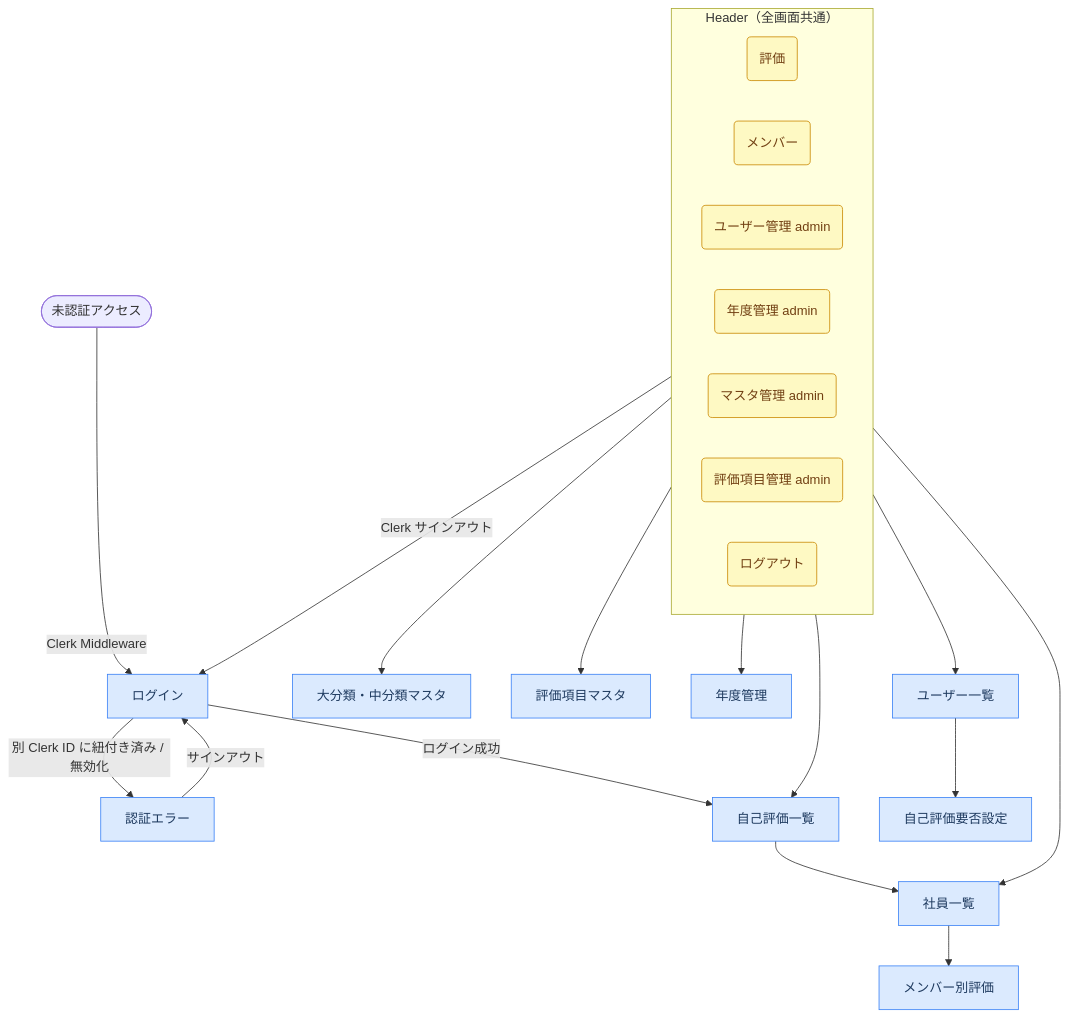
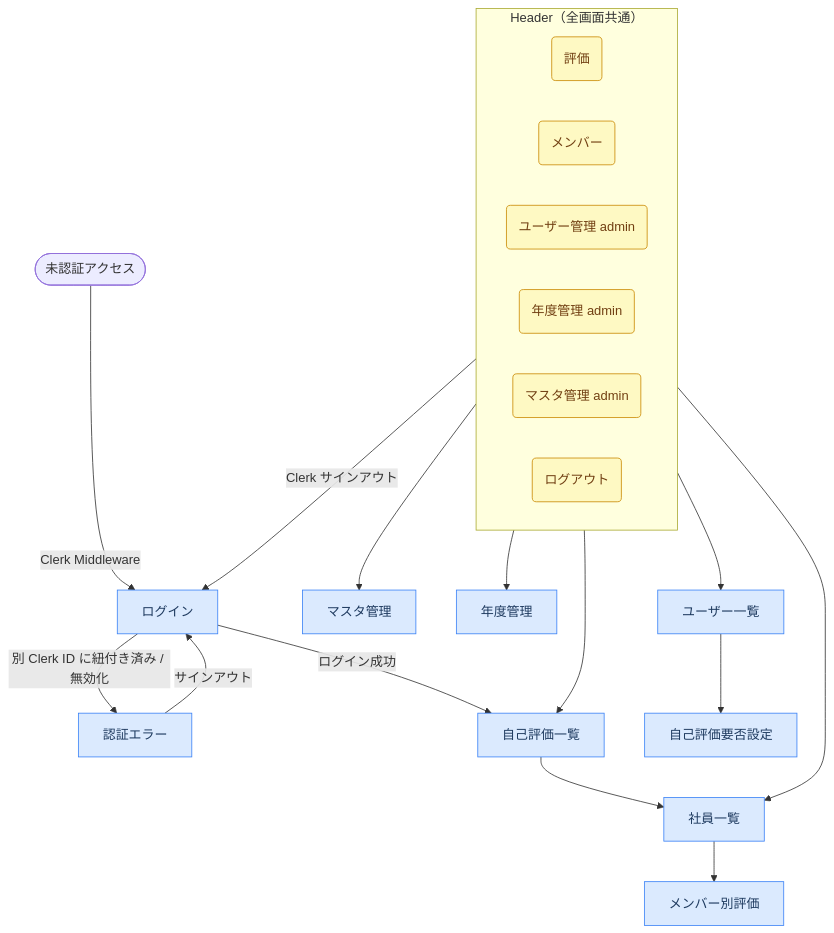
Before and after one commit to ot-nemoto/eval-hub: the diagram in docs/ui.md, drawn with Mermaid. The commit also changed other lines of this file and 3 other files, not shown here.

````diff
--- a/docs/ui.md
+++ b/docs/ui.md
@@ -26,46 +25,43 @@
 ```mermaid
 flowchart TD
     classDef screen fill:#dbeafe,stroke:#3b82f6,color:#1e3a5f
     classDef nav fill:#fef9c3,stroke:#ca8a04,color:#713f12
 
     UNAUTH([未認証アクセス])
     LOGIN["ログイン"]:::screen
     AUTH_ERROR["認証エラー"]:::screen
     EVALUATIONS["自己評価一覧"]:::screen
     MEMBERS["社員一覧"]:::screen
     MEMBER_EVAL["メンバー別評価"]:::screen
-    ADMIN_TARGETS["大分類・中分類マスタ"]:::screen
-    ADMIN_ITEMS["評価項目マスタ"]:::screen
+    ADMIN_TARGETS["マスタ管理"]:::screen
     ADMIN_YEARS["年度管理"]:::screen
     ADMIN_USERS["ユーザー一覧"]:::screen
     ADMIN_SETTINGS["自己評価要否設定"]:::screen
 
     UNAUTH -->|"Clerk Middleware"| LOGIN
     LOGIN -->|"ログイン成功"| EVALUATIONS
     LOGIN -->|"別 Clerk ID に紐付き済み / 無効化"| AUTH_ERROR
     AUTH_ERROR -->|"サインアウト"| LOGIN
 
     EVALUATIONS --> MEMBERS
     MEMBERS --> MEMBER_EVAL
 
     ADMIN_USERS --> ADMIN_SETTINGS
 
     subgraph Header ["Header（全画面共通）"]
         direction LR
         H_EVAL("評価"):::nav
         H_MEMBERS("メンバー"):::nav
         H_ADMIN_USERS("ユーザー管理 admin"):::nav
         H_ADMIN_YEARS("年度管理 admin"):::nav
         H_ADMIN_TARGETS("マスタ管理 admin"):::nav
-        H_ADMIN_ITEMS("評価項目管理 admin"):::nav
         H_LOGOUT("ログアウト"):::nav
     end
 
     H_EVAL --> EVALUATIONS
     H_MEMBERS --> MEMBERS
     H_ADMIN_USERS --> ADMIN_USERS
     H_ADMIN_YEARS --> ADMIN_YEARS
     H_ADMIN_TARGETS --> ADMIN_TARGETS
-    H_ADMIN_ITEMS --> ADMIN_ITEMS
     H_LOGOUT -->|"Clerk サインアウト"| LOGIN
 ```
````
